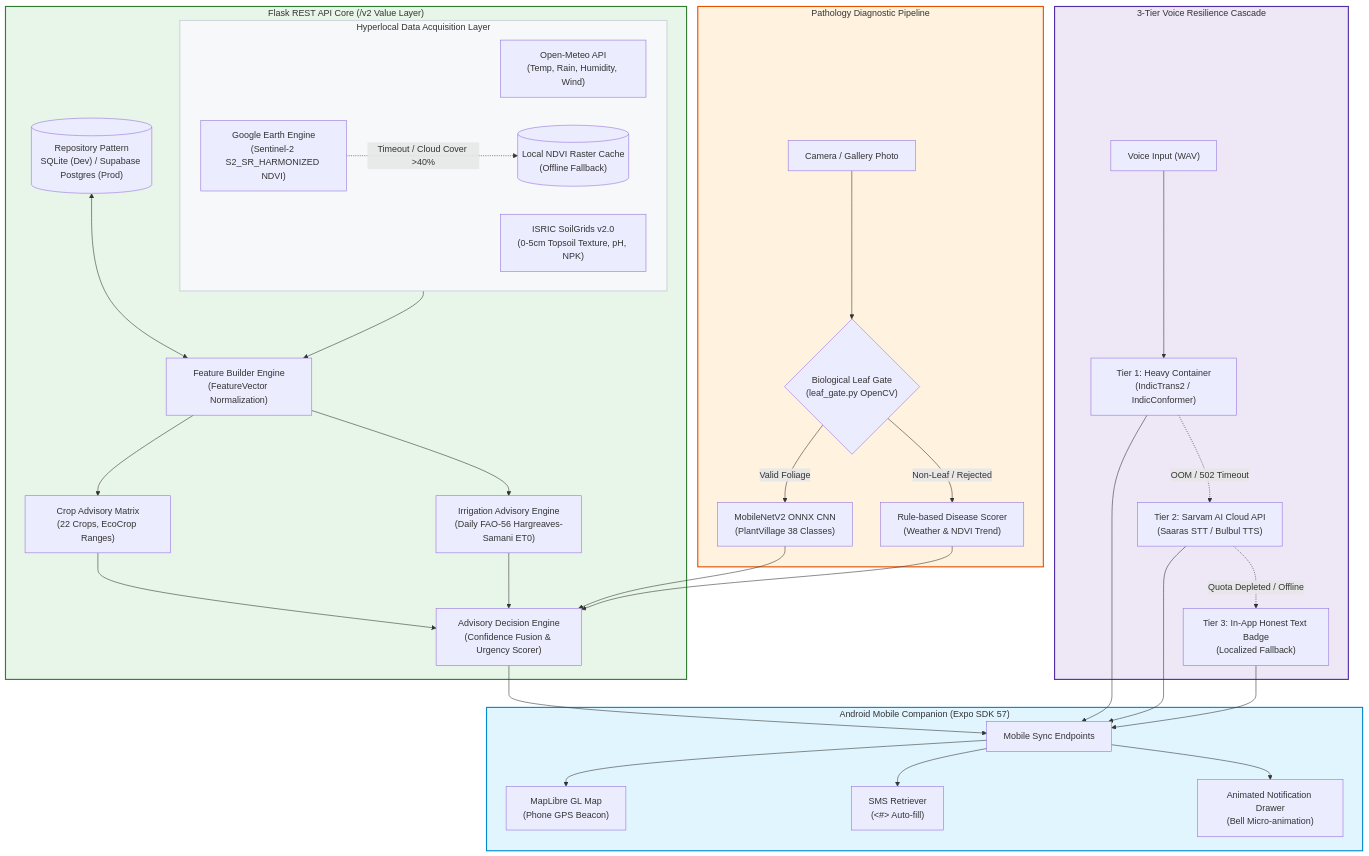
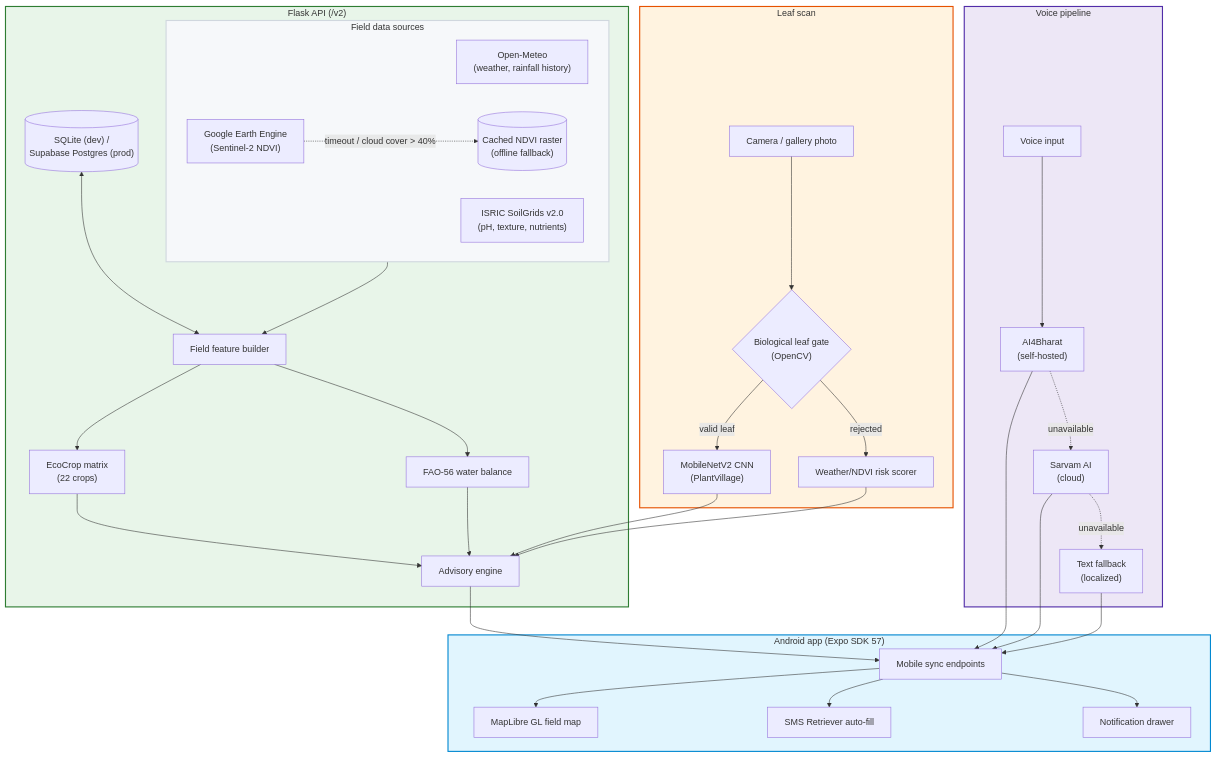
The diagram in README.md (riteshbonthalakoti/agro-mirai), drawn with Mermaid before and after one commit. The commit also changed other lines of this file, not shown here.

First line of the commit message:
docs: rewrite README in plain voice, drop AI-slop formatting

````diff
--- a/README.md
+++ b/README.md
@@ -112,66 +118,66 @@
 ```mermaid
 flowchart TD
-    subgraph Data_Acquisition ["Hyperlocal Data Acquisition Layer"]
-        Meteo["Open-Meteo API<br/>(Temp, Rain, Humidity, Wind)"]
-        Soil["ISRIC SoilGrids v2.0<br/>(0-5cm Topsoil Texture, pH, NPK)"]
-        GEE["Google Earth Engine<br/>(Sentinel-2 S2_SR_HARMONIZED NDVI)"]
-        Cache[("Local NDVI Raster Cache<br/>(Offline Fallback)")]
-        GEE -.->|Timeout / Cloud Cover >40%| Cache
+    subgraph Data_Acquisition ["Field data sources"]
+        Meteo["Open-Meteo<br/>(weather, rainfall history)"]
+        Soil["ISRIC SoilGrids v2.0<br/>(pH, texture, nutrients)"]
+        GEE["Google Earth Engine<br/>(Sentinel-2 NDVI)"]
+        Cache[("Cached NDVI raster<br/>(offline fallback)")]
+        GEE -.->|timeout / cloud cover > 40%| Cache
     end
 
-    subgraph Core_Backend ["Flask REST API Core (/v2 Value Layer)"]
-        FeatureVector["Feature Builder Engine<br/>(FeatureVector Normalization)"]
+    subgraph Core_Backend ["Flask API (/v2)"]
+        FeatureVector["Field feature builder"]
         Data_Acquisition --> FeatureVector
-        
-        Store[("Repository Pattern<br/>SQLite (Dev) / Supabase Postgres (Prod)")]
+
+        Store[("SQLite (dev) /<br/>Supabase Postgres (prod)")]
         Store <--> FeatureVector
-        
-        EcoCrop["Crop Advisory Matrix<br/>(22 Crops, EcoCrop Ranges)"]
-        FAO56["Irrigation Advisory Engine<br/>(Daily FAO-56 Hargreaves-Samani ET0)"]
-        
+
+        EcoCrop["EcoCrop matrix<br/>(22 crops)"]
+        FAO56["FAO-56 water balance"]
+
         FeatureVector --> EcoCrop
         FeatureVector --> FAO56
-        
-        DecisionEngine["Advisory Decision Engine<br/>(Confidence Fusion & Urgency Scorer)"]
+
+        DecisionEngine["Advisory engine"]
         EcoCrop --> DecisionEngine
         FAO56 --> DecisionEngine
     end
 
-    subgraph Vision_Pipeline ["Pathology Diagnostic Pipeline"]
-        Upload["Camera / Gallery Photo"]
-        Gate{"Biological Leaf Gate<br/>(leaf_gate.py OpenCV)"}
-        CNN["MobileNetV2 ONNX CNN<br/>(PlantVillage 38 Classes)"]
-        Rules["Rule-based Disease Scorer<br/>(Weather & NDVI Trend)"]
-        
+    subgraph Vision_Pipeline ["Leaf scan"]
+        Upload["Camera / gallery photo"]
+        Gate{"Biological leaf gate<br/>(OpenCV)"}
+        CNN["MobileNetV2 CNN<br/>(PlantVillage)"]
+        Rules["Weather/NDVI risk scorer"]
+
         Upload --> Gate
-        Gate -->|Valid Foliage| CNN
-        Gate -->|Non-Leaf / Rejected| Rules
+        Gate -->|valid leaf| CNN
+        Gate -->|rejected| Rules
         CNN --> DecisionEngine
         Rules --> DecisionEngine
     end
 
-    subgraph Multilingual_Voice ["3-Tier Voice Resilience Cascade"]
-        VoiceIn["Voice Input (WAV)"]
-        Tier1["Tier 1: Heavy Container<br/>(IndicTrans2 / IndicConformer)"]
-        Tier2["Tier 2: Sarvam AI Cloud API<br/>(Saaras STT / Bulbul TTS)"]
-        Tier3["Tier 3: In-App Honest Text Badge<br/>(Localized Fallback)"]
-        
+    subgraph Multilingual_Voice ["Voice pipeline"]
+        VoiceIn["Voice input"]
+        Tier1["AI4Bharat<br/>(self-hosted)"]
+        Tier2["Sarvam AI<br/>(cloud)"]
+        Tier3["Text fallback<br/>(localized)"]
+
         VoiceIn --> Tier1
-        Tier1 -.->|OOM / 502 Timeout| Tier2
-        Tier2 -.->|Quota Depleted / Offline| Tier3
+        Tier1 -.->|unavailable| Tier2
+        Tier2 -.->|unavailable| Tier3
     end
 
-    subgraph Mobile_App ["Android Mobile Companion (Expo SDK 57)"]
-        DecisionEngine --> AppAPI["Mobile Sync Endpoints"]
+    subgraph Mobile_App ["Android app (Expo SDK 57)"]
+        DecisionEngine --> AppAPI["Mobile sync endpoints"]
         Tier1 & Tier2 & Tier3 --> AppAPI
-        AppAPI --> MapLibre["MapLibre GL Map<br/>(Phone GPS Beacon)"]
-        AppAPI --> OTP["SMS Retriever<br/>(<#> Auto-fill)"]
-        AppAPI --> Drawer["Animated Notification Drawer<br/>(Bell Micro-animation)"]
+        AppAPI --> MapLibre["MapLibre GL field map"]
+        AppAPI --> OTP["SMS Retriever auto-fill"]
+        AppAPI --> Drawer["Notification drawer"]
     end
 
     style Data_Acquisition fill:#f6f8fa,stroke:#d0d7de,stroke-width:2px
     style Core_Backend fill:#e8f5e9,stroke:#2e7d32,stroke-width:2px
     style Vision_Pipeline fill:#fff3e0,stroke:#e65100,stroke-width:2px
     style Multilingual_Voice fill:#ede7f6,stroke:#512da8,stroke-width:2px
     style Mobile_App fill:#e1f5fe,stroke:#0288d1,stroke-width:2px
 ```
````
